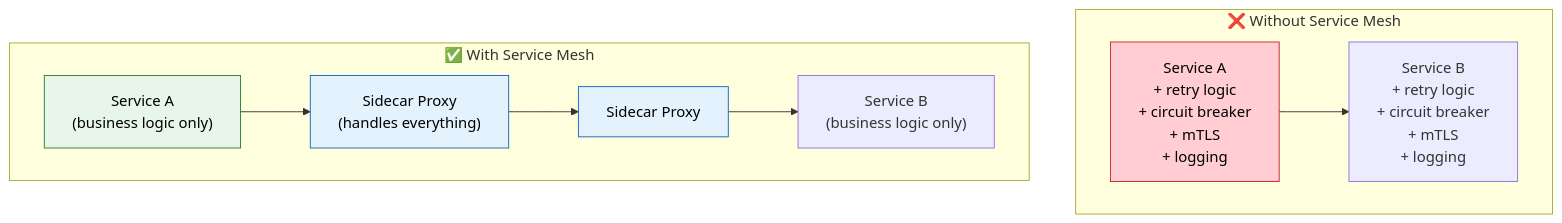
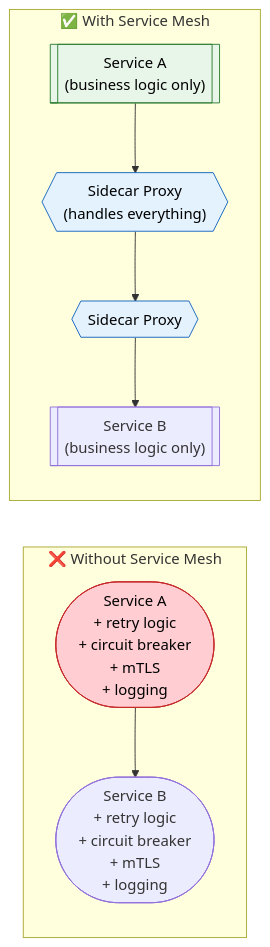
The first of 2 diagrams in docs/microservices/service-mesh.md (saivamsikaruturi/vamsilabs-dev-notes-main), drawn with Mermaid before and after one commit. The commit also changed other lines of this file and 146 other files, not shown here.

Commit message:
Horizontal diagrams, UML class diagrams, typography overhaul, and permalink cleanup

````diff
--- a/docs/microservices/service-mesh.md
+++ b/docs/microservices/service-mesh.md
@@ -10,20 +10,20 @@
 ```mermaid
-flowchart TD
+flowchart LR
     subgraph WithoutMesh["❌ Without Service Mesh"]
-        A1["Service A<br/>+ retry logic<br/>+ circuit breaker<br/>+ mTLS<br/>+ logging"] --> B1["Service B<br/>+ retry logic<br/>+ circuit breaker<br/>+ mTLS<br/>+ logging"]
+        A1(["Service A<br/>+ retry logic<br/>+ circuit breaker<br/>+ mTLS<br/>+ logging"]) --> B1(["Service B<br/>+ retry logic<br/>+ circuit breaker<br/>+ mTLS<br/>+ logging"])
     end
     
     subgraph WithMesh["✅ With Service Mesh"]
-        A2["Service A<br/>(business logic only)"]
-        PA["Sidecar Proxy<br/>(handles everything)"]
-        B2["Service B<br/>(business logic only)"]
-        PB["Sidecar Proxy"]
+        A2[["Service A<br/>(business logic only)"]]
+        PA{{"Sidecar Proxy<br/>(handles everything)"}}
+        B2[["Service B<br/>(business logic only)"]]
+        PB{{"Sidecar Proxy"}}
         
         A2 --> PA --> PB --> B2
     end
 
     style A1 fill:#FFCDD2,stroke:#C62828,color:#000
     style A2 fill:#E8F5E9,stroke:#2E7D32,color:#000
     style PA fill:#E3F2FD,stroke:#1565C0,color:#000
     style PB fill:#E3F2FD,stroke:#1565C0,color:#000
 ```
````
